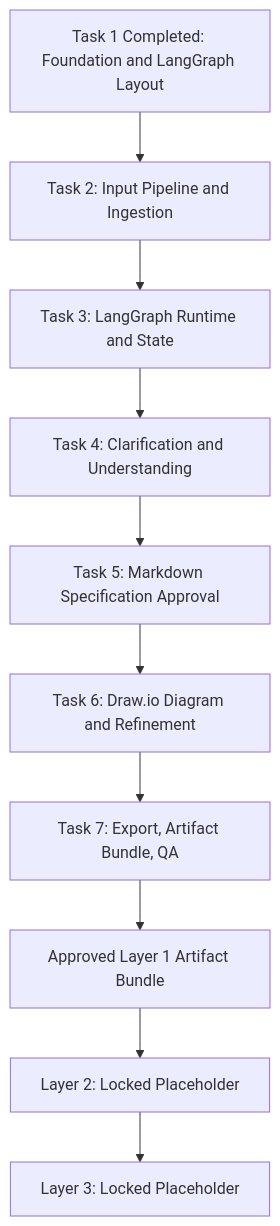
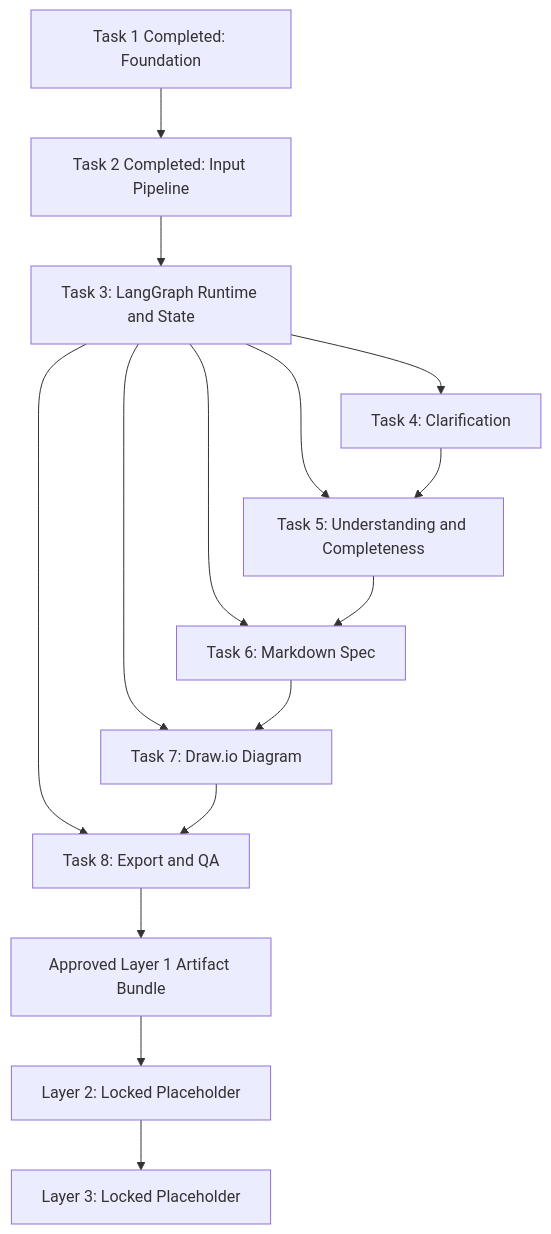
Before and after one commit to ProductMasterz/Mujarrad-Frontend: diagram 19 of 19 in Docs/system-design-detailed-plan.md, drawn with Mermaid. The commit also changed other lines of this file and 18 other files, not shown here.

Commit message:
Add system design input pipeline

````diff
--- a/Docs/system-design-detailed-plan.md
+++ b/Docs/system-design-detailed-plan.md
@@ -3708,21 +3468,29 @@
 ```mermaid
 flowchart TD
-    T1[Task 1 Completed: Foundation and LangGraph Layout]
-    T2[Task 2: Input Pipeline and Ingestion]
+    T1[Task 1 Completed: Foundation]
+    T2[Task 2 Completed: Input Pipeline]
     T3[Task 3: LangGraph Runtime and State]
-    T4[Task 4: Clarification and Understanding]
-    T5[Task 5: Markdown Specification Approval]
-    T6[Task 6: Draw.io Diagram and Refinement]
-    T7[Task 7: Export, Artifact Bundle, QA]
+    T4[Task 4: Clarification]
+    T5[Task 5: Understanding and Completeness]
+    T6[Task 6: Markdown Spec]
+    T7[Task 7: Draw.io Diagram]
+    T8[Task 8: Export and QA]
 
     T1 --> T2
     T2 --> T3
+
     T3 --> T4
+    T3 --> T5
+    T3 --> T6
+    T3 --> T7
+    T3 --> T8
+
     T4 --> T5
     T5 --> T6
     T6 --> T7
+    T7 --> T8
 
-    T7 --> A[Approved Layer 1 Artifact Bundle]
+    T8 --> A[Approved Layer 1 Artifact Bundle]
     A --> L2[Layer 2: Locked Placeholder]
     L2 --> L3[Layer 3: Locked Placeholder]
 ```
````
